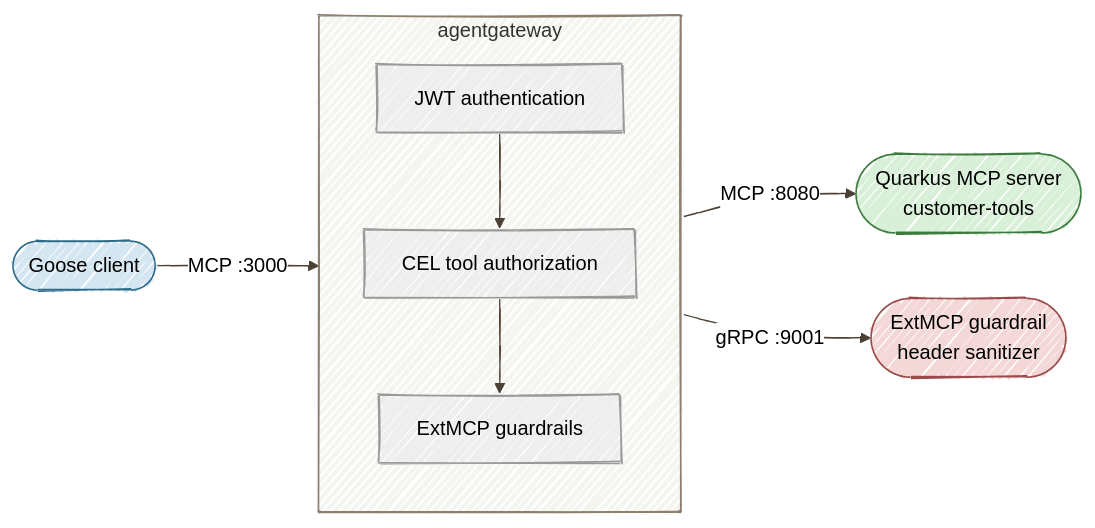
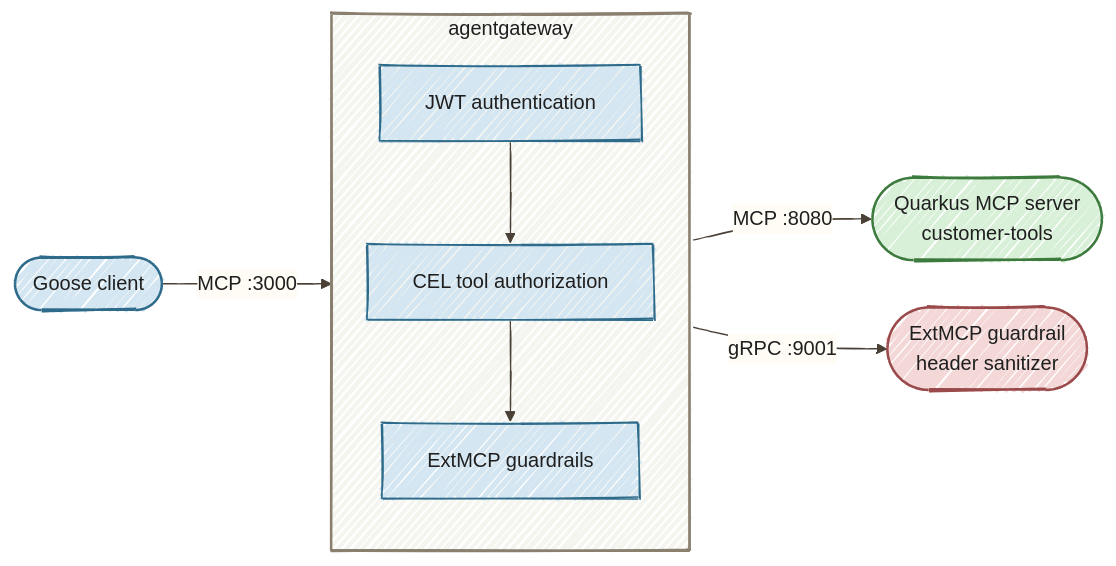
The diagram in part2-agentgateway/README.md (danieloh30/governed-agent-platform), drawn with Mermaid before and after one commit. The commit also changed 14 other files, not shown here.

Commit message:
Improve Mermaid readability in light and dark modes

````diff
--- a/part2-agentgateway/README.md
+++ b/part2-agentgateway/README.md
@@ -9,19 +9,19 @@
 ```mermaid
-%%{init: {'look':'handDrawn','theme':'neutral','themeVariables': {'lineColor':'#4A4035'}}}%%
+%%{init: {"look":"handDrawn","theme":"base","themeVariables":{"darkMode":false,"background":"#FFFCF5","primaryColor":"#D4E6F1","primaryBorderColor":"#2E6B8A","primaryTextColor":"#1F1F1F","secondaryColor":"#D8F0D8","secondaryTextColor":"#1F1F1F","tertiaryColor":"#E8DCC4","tertiaryTextColor":"#1F1F1F","textColor":"#1F1F1F","lineColor":"#4A4035","edgeLabelBackground":"#FFFCF5","clusterBkg":"#F5F5F0","clusterBorder":"#6B5B45","fontSize":"16px","actorBkg":"#D4E6F1","actorBorder":"#2E6B8A","actorTextColor":"#1F1F1F","actorLineColor":"#6B5B45","signalColor":"#4A4035","signalTextColor":"#1F1F1F"},"flowchart":{"nodeSpacing":35,"rankSpacing":55,"padding":18}}}%%
 flowchart LR
     G([Goose client]) -->|MCP :3000| AG
     AG -->|MCP :8080| MCP([Quarkus MCP server<br/>customer-tools])
     AG -->|gRPC :9001| GR([ExtMCP guardrail<br/>header sanitizer])
 
     subgraph AG[agentgateway]
         AUTH[JWT authentication]
         RBAC[CEL tool authorization]
         EXT[ExtMCP guardrails]
         AUTH --> RBAC --> EXT
     end
 
-    style G fill:#D4E6F1,stroke:#2E6B8A
-    style AG fill:#F5F5F0,stroke:#8B8070
-    style MCP fill:#D8F0D8,stroke:#3D7A3D
-    style GR fill:#F4D7D7,stroke:#9A4A4A
+    style G fill:#D4E6F1,stroke:#2E6B8A,color:#1F1F1F,stroke-width:2px
+    style AG fill:#F5F5F0,stroke:#8B8070,color:#1F1F1F,stroke-width:2px
+    style MCP fill:#D8F0D8,stroke:#3D7A3D,color:#1F1F1F,stroke-width:2px
+    style GR fill:#F4D7D7,stroke:#9A4A4A,color:#1F1F1F,stroke-width:2px
 ```
````
